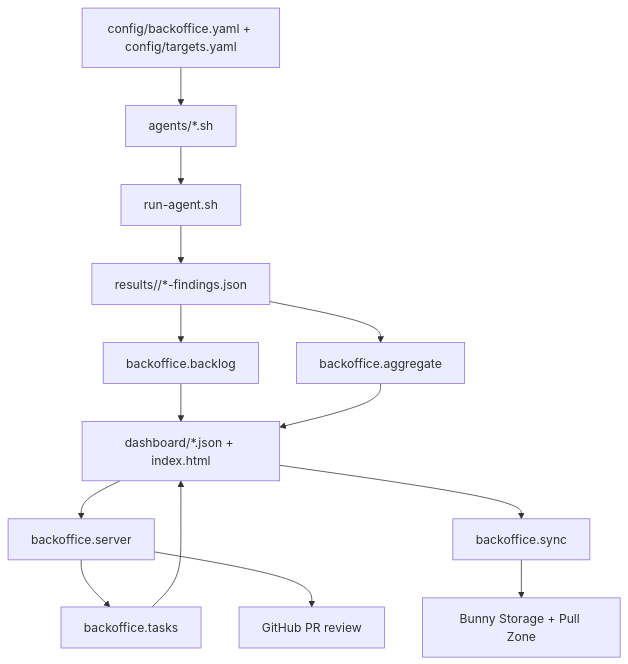
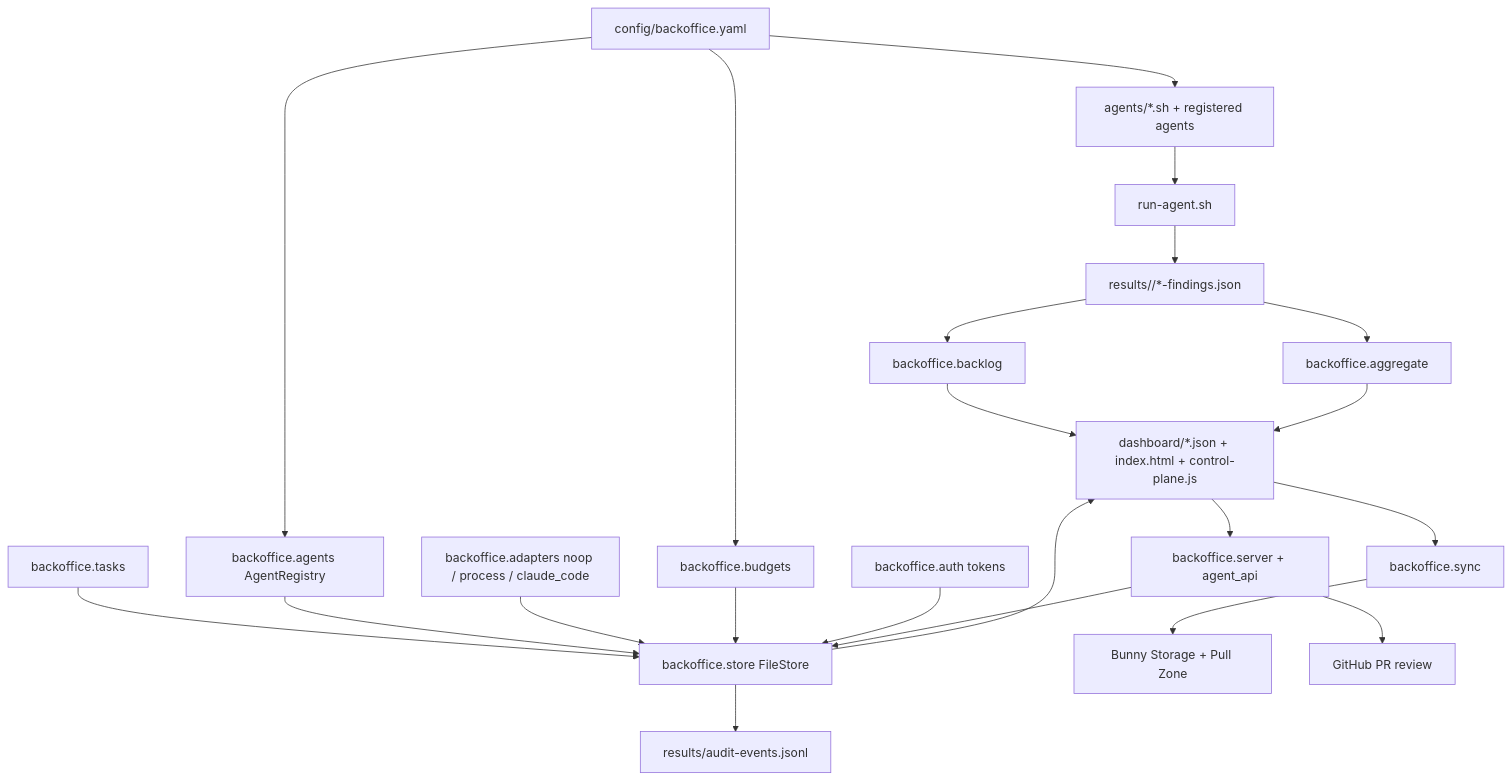
Diagram 11 of 12 in README.md (CodyJo/back-office), drawn with Mermaid before and after one commit. The commit also changed other lines of this file and 10 other files, not shown here.

First line of the commit message:
docs: control-plane operator manuals + architecture refs

````diff
--- a/README.md
+++ b/README.md
@@ -582,29 +737,43 @@
 ```mermaid
 flowchart TD
-    CFG[config/backoffice.yaml + config/targets.yaml]
-    AGENTS[agents/*.sh]
+    CFG[config/backoffice.yaml]
+    AGENTS[agents/*.sh + registered agents]
     RUNNER[run-agent.sh]
     RESULTS[results/<repo>/*-findings.json]
     AGG[backoffice.aggregate]
     BACKLOG[backoffice.backlog]
     TASKS[backoffice.tasks]
-    SERVER[backoffice.server]
-    DASH[dashboard/*.json + index.html]
+    STORE[backoffice.store FileStore]
+    REGISTRY[backoffice.agents AgentRegistry]
+    ADAPTERS[backoffice.adapters noop / process / claude_code]
+    BUDGETS[backoffice.budgets]
+    AUTH[backoffice.auth tokens]
+    AUDIT[results/audit-events.jsonl]
+    SERVER[backoffice.server + agent_api]
+    DASH[dashboard/*.json + index.html + control-plane.js]
     SYNC[backoffice.sync]
     BUNNY[Bunny Storage + Pull Zone]
     GH[GitHub PR review]
 
     CFG --> AGENTS
+    CFG --> REGISTRY
+    CFG --> BUDGETS
     AGENTS --> RUNNER
     RUNNER --> RESULTS
     RESULTS --> AGG
     RESULTS --> BACKLOG
     BACKLOG --> DASH
     AGG --> DASH
-    TASKS --> DASH
-    SERVER --> TASKS
+    TASKS --> STORE
+    REGISTRY --> STORE
+    ADAPTERS --> STORE
+    BUDGETS --> STORE
+    AUTH --> STORE
+    STORE --> AUDIT
+    STORE --> DASH
+    SERVER --> STORE
     SERVER --> GH
     DASH --> SERVER
     DASH --> SYNC
     SYNC --> BUNNY
 ```
````
